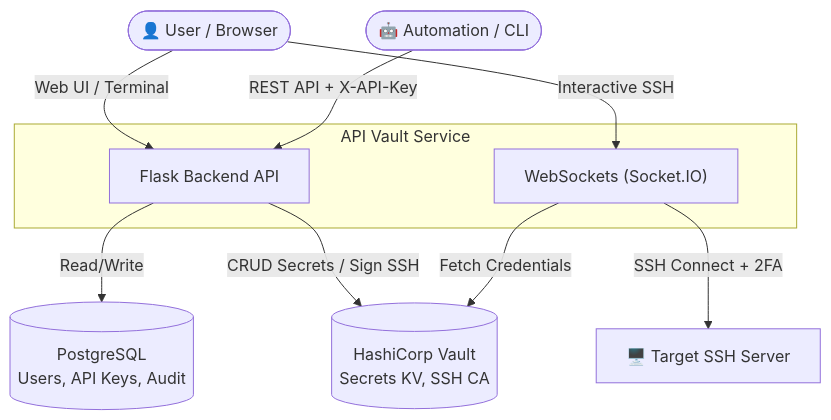
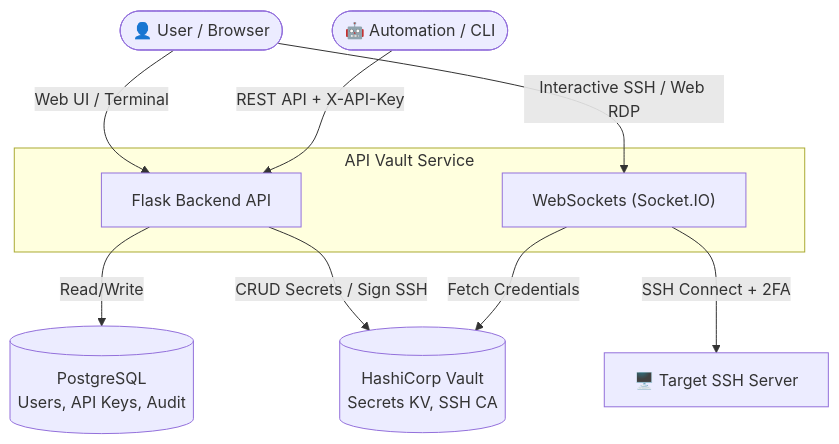
Before and after one commit to huynhtuantai1808/Api_Vault: the diagram in README.md, drawn with Mermaid. The commit also changed other lines of this file, not shown here.

````diff
--- a/README.md
+++ b/README.md
@@ -25,24 +25,24 @@
 ```mermaid
 flowchart TD
     User(["👤 User / Browser"])
     API_Client(["🤖 Automation / CLI"])
     
     subgraph App ["API Vault Service"]
         subFlask["Flask Backend API"]
         subWS["WebSockets (Socket.IO)"]
     end
     
     DB[("PostgreSQL<br>Users, API Keys, Audit")]
     Vault[("HashiCorp Vault<br>Secrets KV, SSH CA")]
     TargetServer["🖥️ Target SSH Server"]
 
     User -->|"Web UI / Terminal"| subFlask
-    User -->|"Interactive SSH"| subWS
+    User -->|"Interactive SSH / Web RDP"| subWS
     API_Client -->|"REST API + X-API-Key"| subFlask
     
     subFlask -->|"Read/Write"| DB
     subFlask -->|"CRUD Secrets / Sign SSH"| Vault
     
     subWS -->|"Fetch Credentials"| Vault
     subWS -->|"SSH Connect + 2FA"| TargetServer
 ```
````
